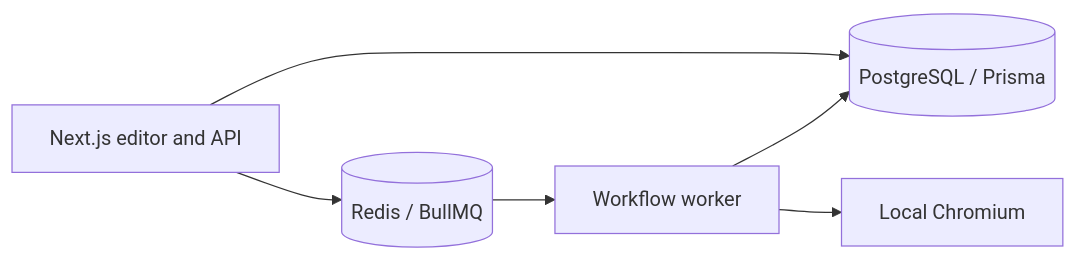
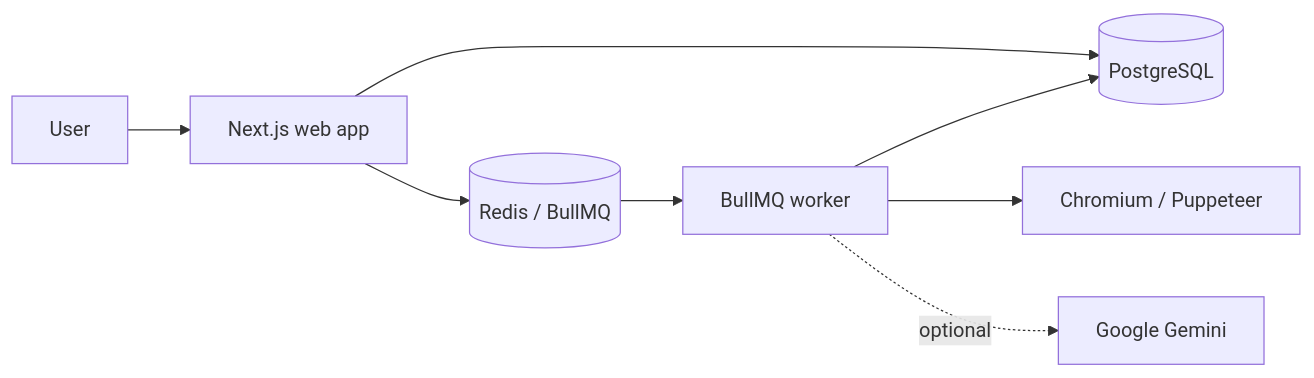
The diagram in README.md (abhisek343/AIScrape), drawn with Mermaid before and after one commit. The commit also changed other lines of this file, not shown here.

````diff
--- a/README.md
+++ b/README.md
@@ -35,8 +28,10 @@
 ```mermaid
 flowchart LR
-  UI[Next.js editor and API] --> DB[(PostgreSQL / Prisma)]
-  UI --> Q[(Redis / BullMQ)]
-  Q --> Worker[Workflow worker]
-  Worker --> Browser[Local Chromium]
-  Worker --> DB
+    User[User] --> Web[Next.js web app]
+    Web --> DB[(PostgreSQL)]
+    Web --> Queue[(Redis / BullMQ)]
+    Queue --> Worker[BullMQ worker]
+    Worker --> Browser[Chromium / Puppeteer]
+    Worker --> DB
+    Worker -. optional .-> Gemini[Google Gemini]
 ```
````
